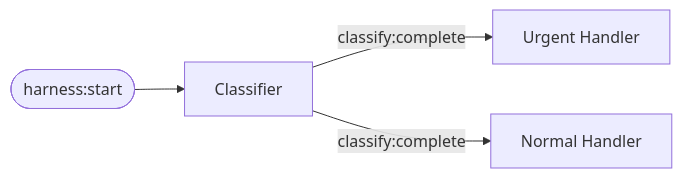
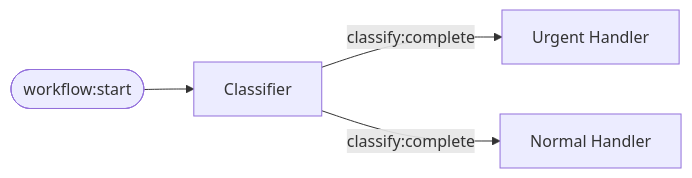
Before and after one commit to Open-Harness/open-harness: the first of 2 diagrams in apps/docs/content/docs/learn/your-first-agent.mdx, drawn with Mermaid. The commit also changed other lines of this file and 138 other files, not shown here.

````diff
--- a/apps/docs/content/docs/learn/your-first-agent.mdx
+++ b/apps/docs/content/docs/learn/your-first-agent.mdx
@@ -17,6 +17,6 @@
 ```mermaid
 flowchart LR
-    Start([harness:start]) --> C[Classifier]
+    Start([workflow:start]) --> C[Classifier]
     C --> |classify:complete| U[Urgent Handler]
     C --> |classify:complete| N[Normal Handler]
 ```
````
